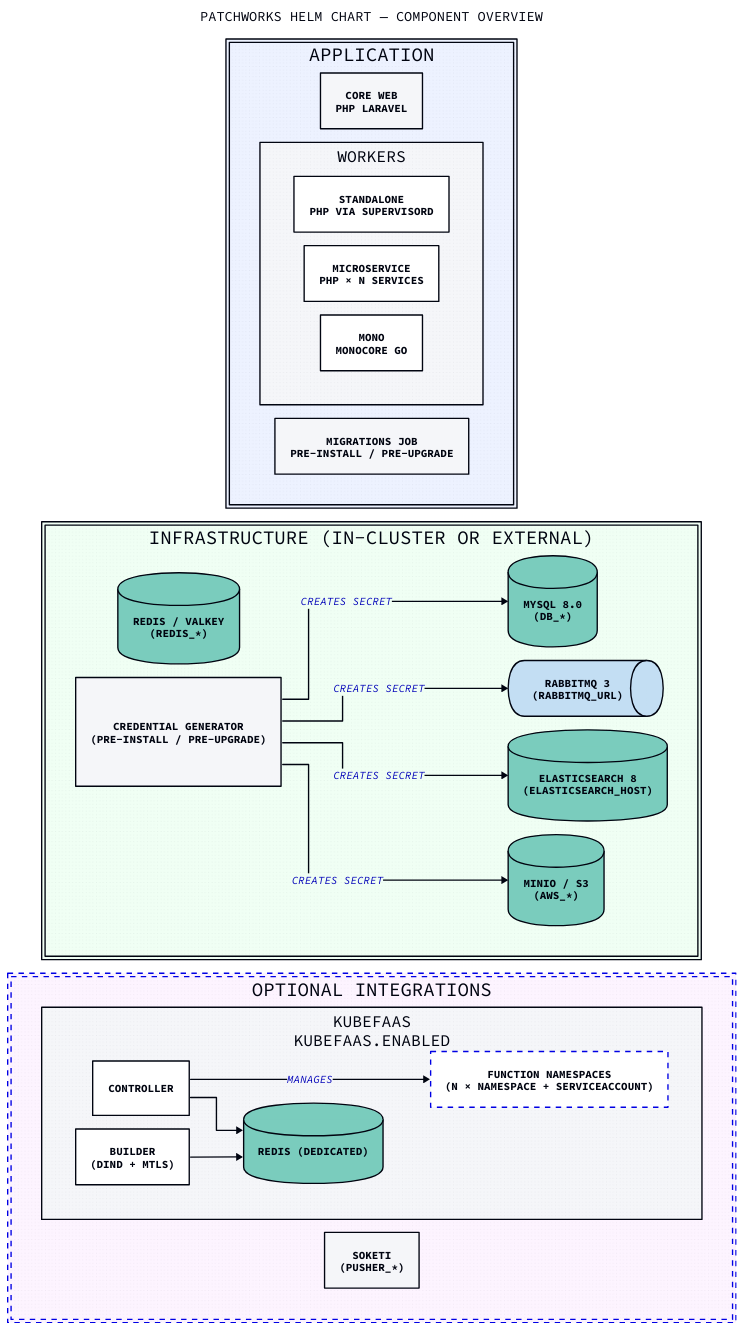
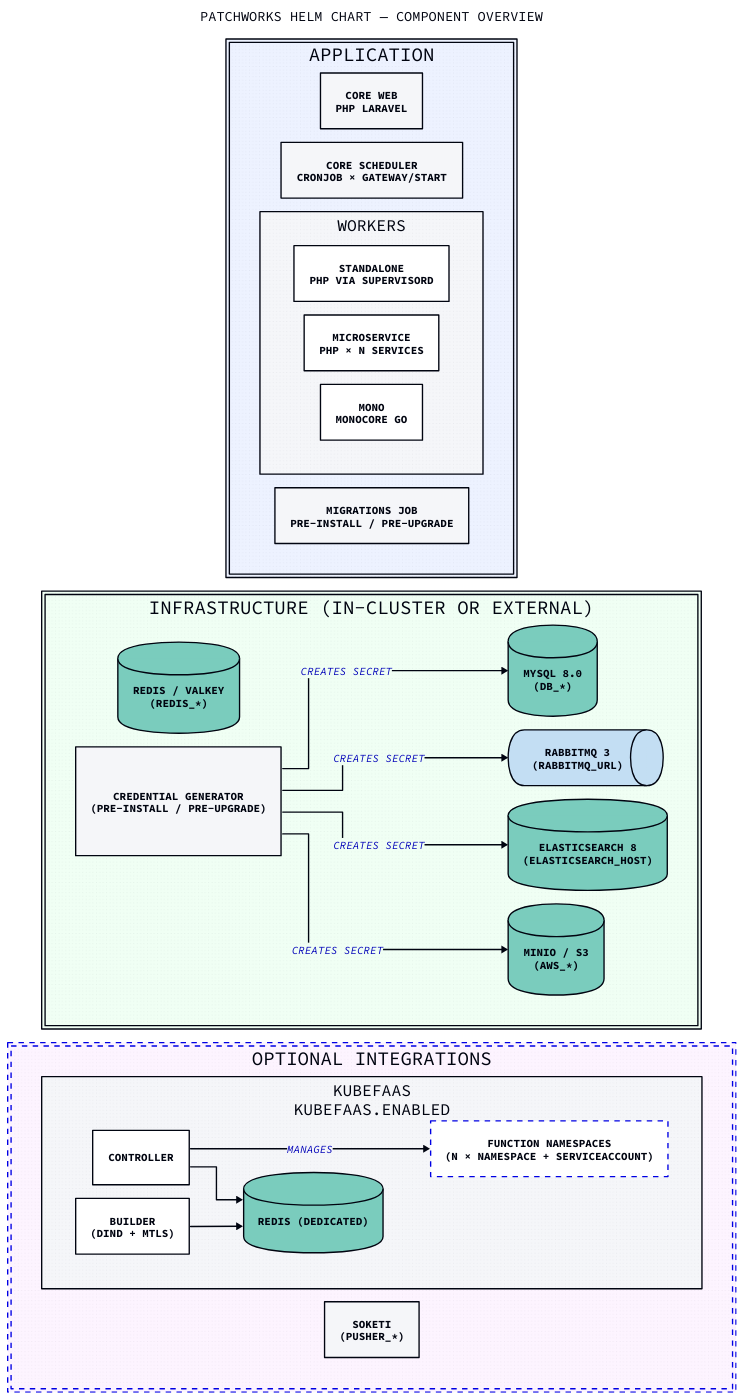
Before and after one commit to gopatchworks/selfhosted: the diagram in docs/chart-overview.d2, drawn with D2. The commit also changed 4 other files, not shown here.

```diff
--- a/docs/chart-overview.d2
+++ b/docs/chart-overview.d2
@@ -1,65 +1,66 @@
 vars: {
   d2-config: {
     layout-engine: elk
     # Terminal theme code
     theme-id: 300
   }
 }
 
 direction: right
 
 title: "Patchworks Helm Chart — Component Overview" {
   shape: text
   near: top-center
   style.font-size: 20
 }
 
 application: Application {
   style.fill: "#EDF2FF"
 
   web: "Core Web\nPHP Laravel" { shape: rectangle }
+  scheduler: "Core Scheduler\nCronJob × gateway/start" { shape: rectangle }
 
   workers: Workers {
     standalone:   "standalone\nPHP via supervisord" { shape: rectangle }
     microservice: "microservice\nPHP × N services"  { shape: rectangle }
     mono:         "mono\nMonocore Go"               { shape: rectangle }
   }
 
   migrations: "Migrations Job\npre-install / pre-upgrade" { shape: rectangle }
 }
 
 infra: "Infrastructure (in-cluster or external)" {
   style.fill: "#F0FFF4"
 
   mysql:         "MySQL 8.0\n(DB_*)"                     { shape: cylinder }
   redis:         "Redis / Valkey\n(REDIS_*)"              { shape: cylinder }
   rabbitmq:      "RabbitMQ 3\n(RABBITMQ_URL)"             { shape: queue    }
   elasticsearch: "Elasticsearch 8\n(ELASTICSEARCH_HOST)"  { shape: cylinder }
   s3:            "MinIO / S3\n(AWS_*)"                    { shape: cylinder }
   credentials:   "Credential Generator\n(pre-install / pre-upgrade)" { shape: rectangle }
 
   credentials -> mysql: creates Secret
   credentials -> rabbitmq: creates Secret
   credentials -> elasticsearch: creates Secret
   credentials -> s3: creates Secret
 }
 
 optional: "Optional Integrations" {
   style.fill: "#FDF4FF"
   style.stroke-dash: 4
 
   kubefaas: "KubeFaaS\nkubefaas.enabled" {
     controller: Controller { shape: rectangle }
     builder:    "Builder\n(dind + mTLS)"   { shape: rectangle }
     kfredis:    "Redis (dedicated)"        { shape: cylinder }
     functions:  "Function Namespaces\n(N × Namespace + ServiceAccount)" {
       shape: rectangle
       style.stroke-dash: 4
     }
     controller -> kfredis
     builder    -> kfredis
     controller -> functions: manages
   }
 
   soketi: "Soketi\n(PUSHER_*)" { shape: rectangle }
 }
```
